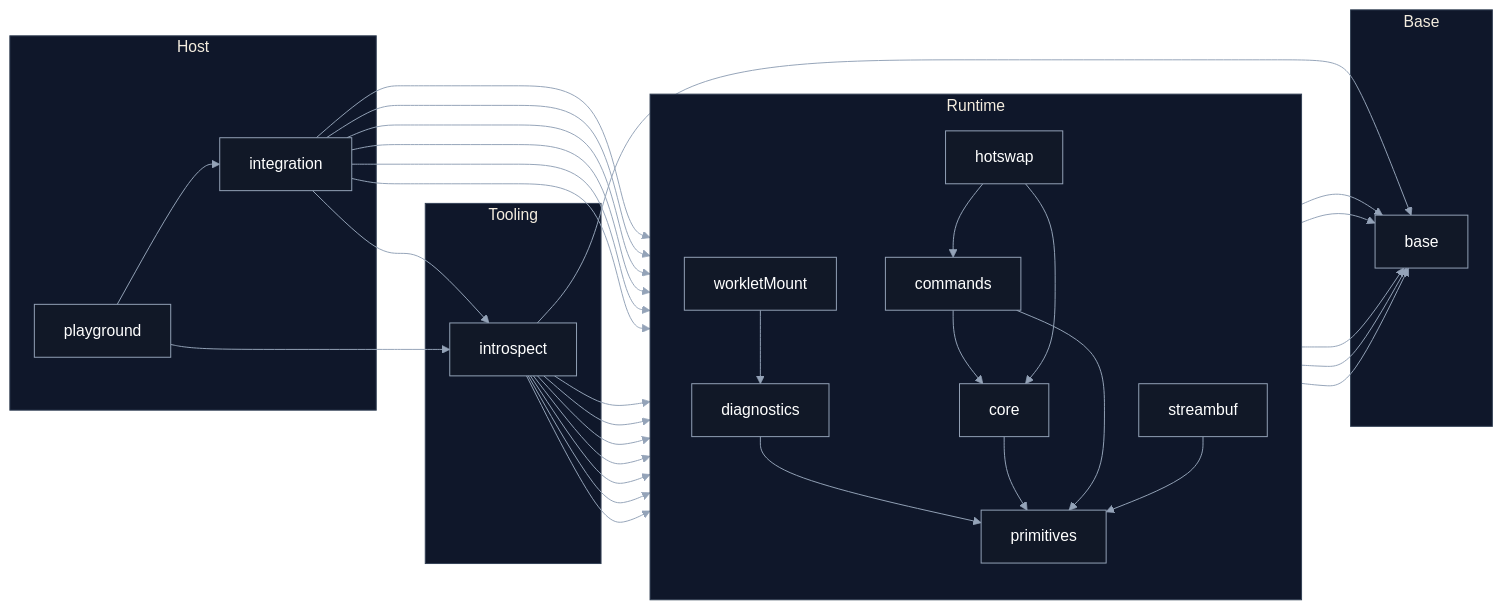
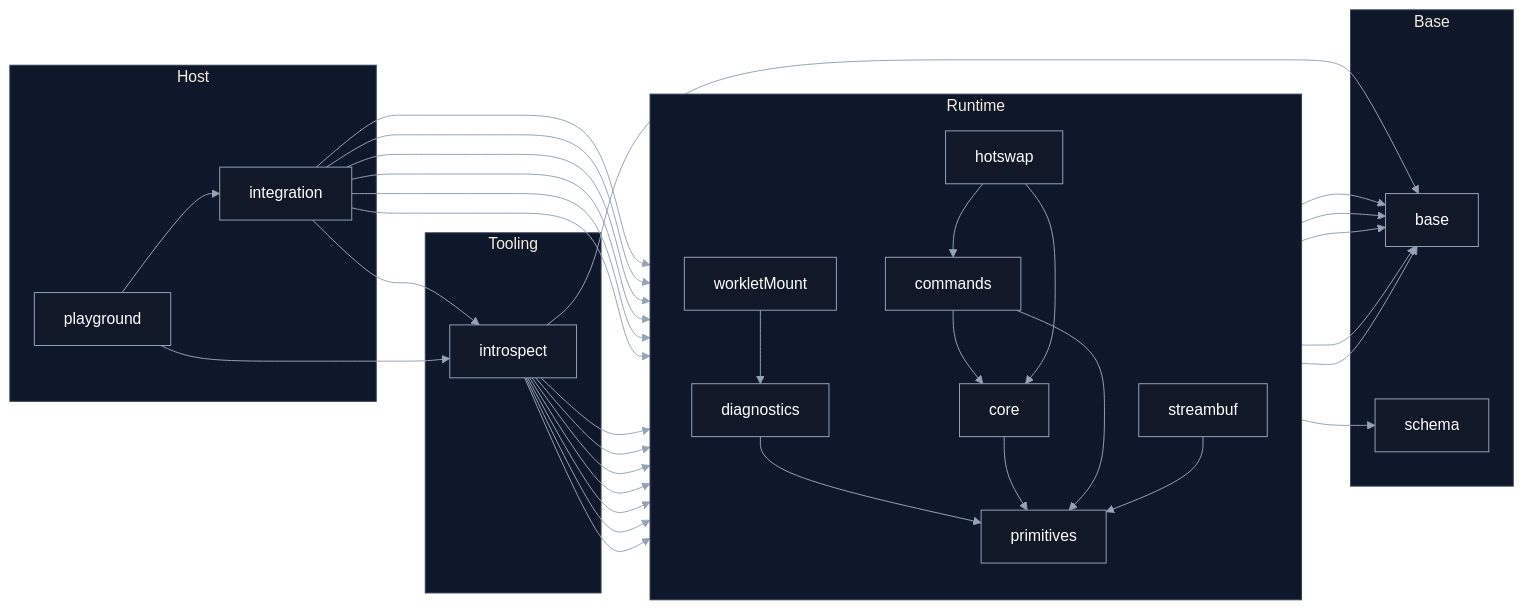
One commit to maikeleckelboom/seqlok-lab changed the diagram in packages/README.md. Above: the diagram before and after it, drawn with Mermaid. The commit also changed other lines of this file and 39 other files, not shown here.

Commit message:
feat(schema): add authored spec contract package

````diff
--- a/packages/README.md
+++ b/packages/README.md
@@ -74,64 +78,66 @@
 ```mermaid
 %%{init: {"theme":"base","themeVariables":{"textColor":"#ffffff","primaryTextColor":"#ffffff","lineColor":"#94a3b8","primaryColor":"#111827","secondaryColor":"#0f172a","tertiaryColor":"#0b1220","clusterBkg":"#0f172a","clusterBorder":"#334155","primaryBorderColor":"#94a3b8"}} }%%
 flowchart LR
 %% Layering left → right: Base → Runtime → Tooling → Host
   subgraph Base
     base
+    schema
   end
 
   subgraph Runtime
     direction TB
     primitives
     diagnostics
     core
     commands
     streambuf
     hotswap
     workletMount
   end
 
   subgraph Tooling
     introspect
   end
 
   subgraph Host
     integration
     playground
   end
 
 %% Runtime
   primitives --> base
   diagnostics --> primitives
   diagnostics --> base
   core --> primitives
   core --> base
+  core --> schema
   commands --> core
   commands --> primitives
   streambuf --> primitives
   streambuf --> base
   hotswap --> commands
   hotswap --> core
   workletMount --> base
   workletMount --> diagnostics
 
 %% Host
   integration --> hotswap
   integration --> commands
   integration --> core
   integration --> streambuf
   integration --> workletMount
   integration --> diagnostics
   integration --> introspect
   playground --> integration
   playground --> introspect
 
 %% Tooling (observatory above Runtime)
   introspect --> base
   introspect --> primitives
   introspect --> diagnostics
   introspect --> core
   introspect --> commands
   introspect --> streambuf
   introspect --> hotswap
   introspect --> workletMount
 ```
````
